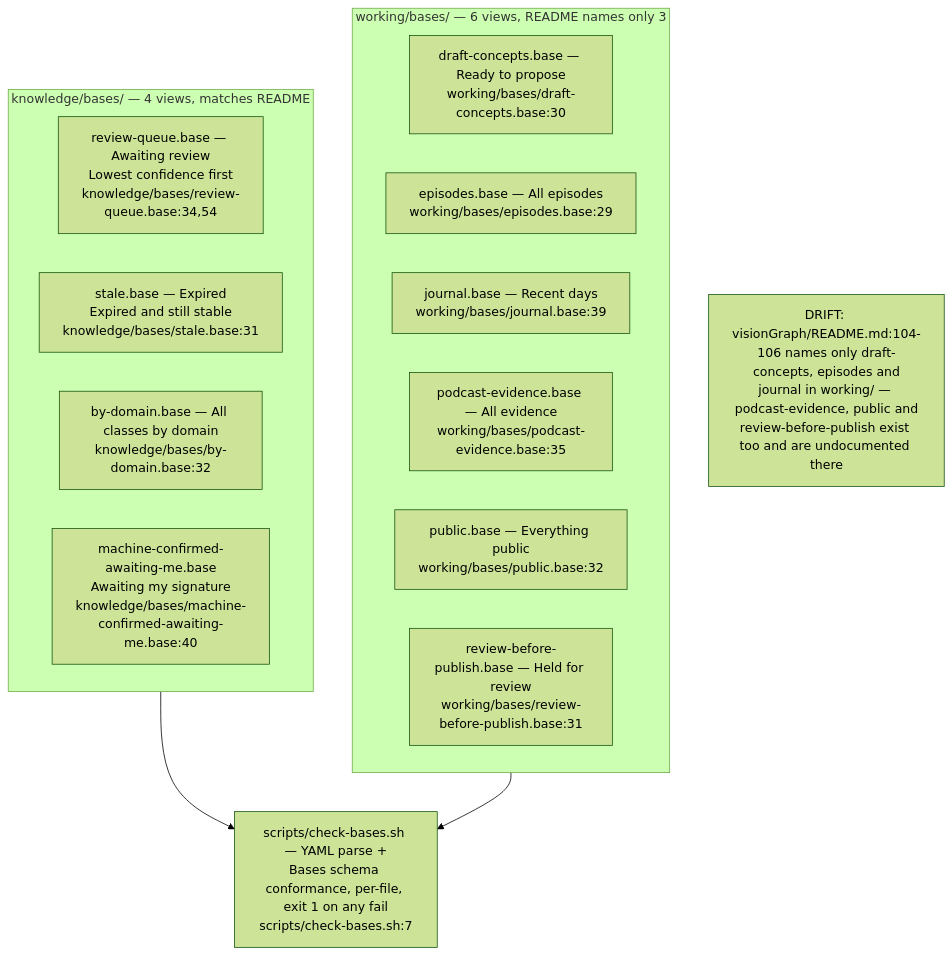
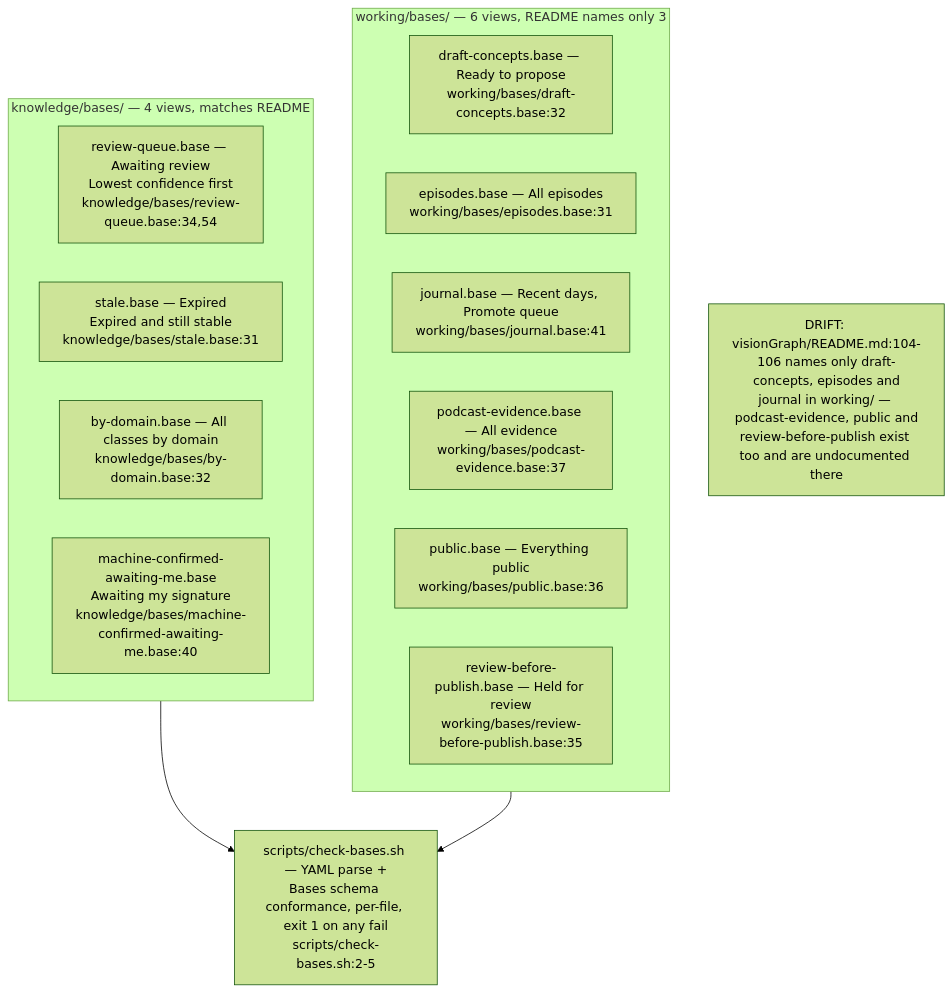
Before and after one commit to DreamLab-AI/VisionFlow: the fifth of 6 diagrams in docs/diagrams/visiongraph/01-vault-structure-and-contract.md, drawn with Mermaid (forest theme). The commit also changed other lines of this file and 160 other files, not shown here.

````diff
--- a/docs/diagrams/visiongraph/01-vault-structure-and-contract.md
+++ b/docs/diagrams/visiongraph/01-vault-structure-and-contract.md
@@ -137,21 +140,21 @@
 ```mermaid
 flowchart TB
     subgraph KB["knowledge/bases/ — 4 views, matches README"]
         RQ["review-queue.base — Awaiting review<br/>Lowest confidence first<br/>knowledge/bases/review-queue.base:34,54"]
         ST["stale.base — Expired<br/>Expired and still stable<br/>knowledge/bases/stale.base:31"]
         BD["by-domain.base — All classes by domain<br/>knowledge/bases/by-domain.base:32"]
         MC["machine-confirmed-awaiting-me.base<br/>Awaiting my signature<br/>knowledge/bases/machine-confirmed-awaiting-me.base:40"]
     end
     subgraph WB["working/bases/ — 6 views, README names only 3"]
-        DC["draft-concepts.base — Ready to propose<br/>working/bases/draft-concepts.base:30"]
-        EP["episodes.base — All episodes<br/>working/bases/episodes.base:29"]
-        JR["journal.base — Recent days<br/>working/bases/journal.base:39"]
-        PE["podcast-evidence.base — All evidence<br/>working/bases/podcast-evidence.base:35"]
-        PB["public.base — Everything public<br/>working/bases/public.base:32"]
-        RB["review-before-publish.base — Held for review<br/>working/bases/review-before-publish.base:31"]
+        DC["draft-concepts.base — Ready to propose<br/>working/bases/draft-concepts.base:32"]
+        EP["episodes.base — All episodes<br/>working/bases/episodes.base:31"]
+        JR["journal.base — Recent days, Promote queue<br/>working/bases/journal.base:41"]
+        PE["podcast-evidence.base — All evidence<br/>working/bases/podcast-evidence.base:37"]
+        PB["public.base — Everything public<br/>working/bases/public.base:36"]
+        RB["review-before-publish.base — Held for review<br/>working/bases/review-before-publish.base:35"]
     end
-    CHK["scripts/check-bases.sh — YAML parse +<br/>Bases schema conformance, per-file, exit 1 on any fail<br/>scripts/check-bases.sh:7"]
+    CHK["scripts/check-bases.sh — YAML parse +<br/>Bases schema conformance, per-file, exit 1 on any fail<br/>scripts/check-bases.sh:2-5"]
     KB --> CHK
     WB --> CHK
     note1["DRIFT: visionGraph/README.md:104-106 names only draft-concepts, episodes and<br/>journal in working#47; — podcast-evidence, public and<br/>review-before-publish exist too and are undocumented there"]
 ```
````
